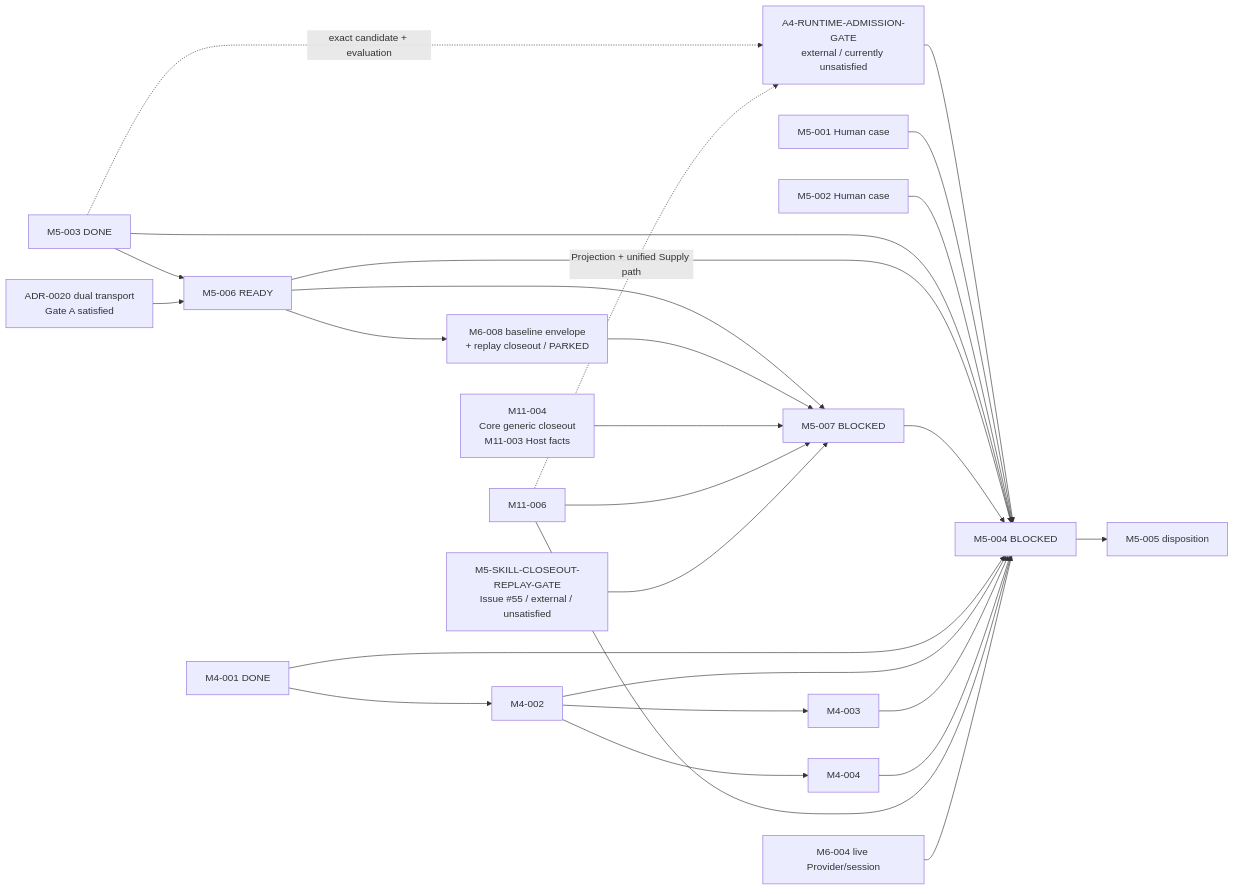
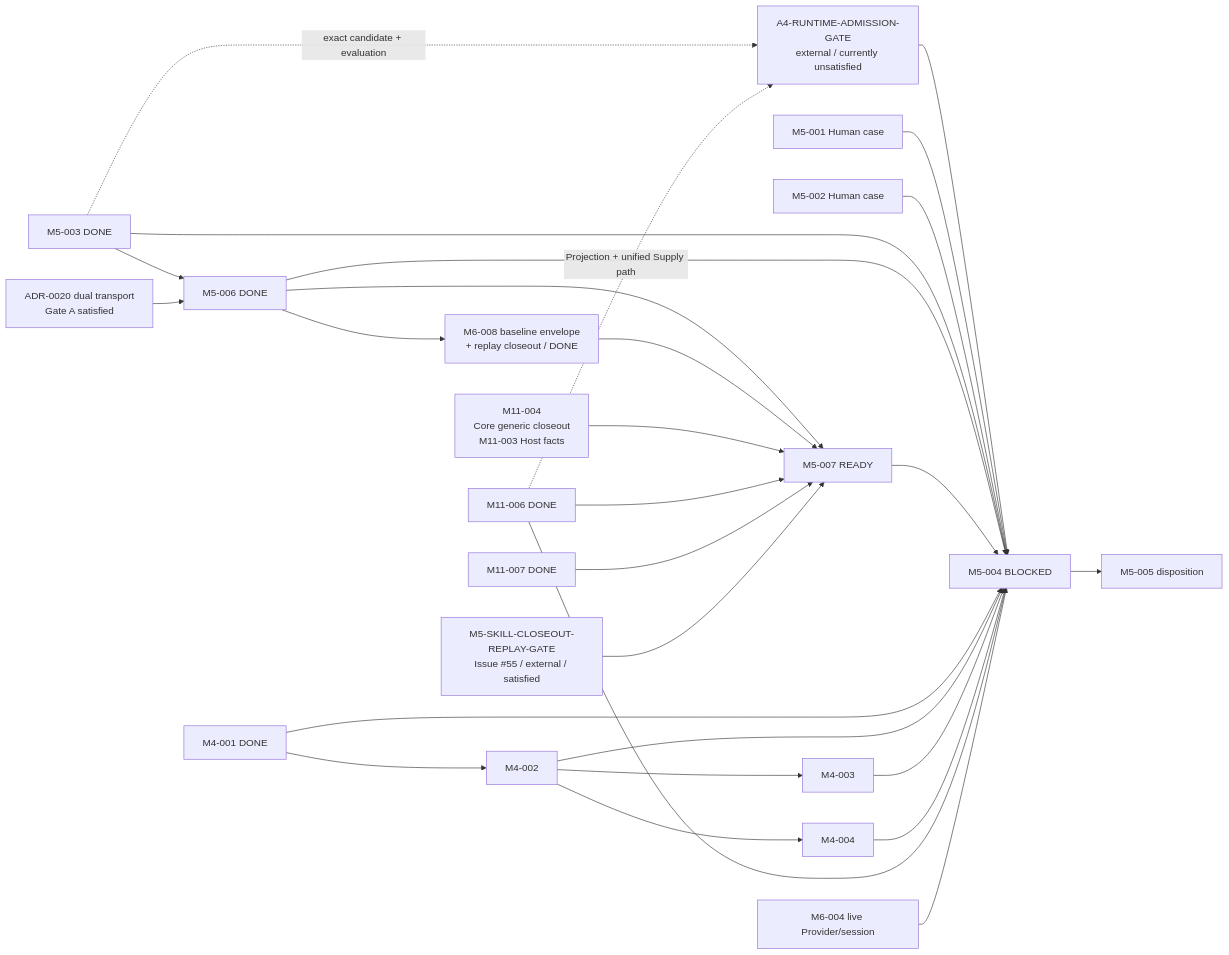
One commit to Chengyue-Lu/research-agent-workbench changed the second of 2 diagrams in docs/workstreams/chengyue-lu/M5-SYSTEM-EVALUATION-DESIGN/README.md. Above: the diagram before and after it, drawn with Mermaid. The commit also changed other lines of this file and 20 other files, not shown here.

````diff
--- a/docs/workstreams/chengyue-lu/M5-SYSTEM-EVALUATION-DESIGN/README.md
+++ b/docs/workstreams/chengyue-lu/M5-SYSTEM-EVALUATION-DESIGN/README.md
@@ -285,32 +284,33 @@
 ```mermaid
 flowchart LR
-    M5003["M5-003 DONE"] --> M5006["M5-006 READY"]
+    M5003["M5-003 DONE"] --> M5006["M5-006 DONE"]
     BTG["ADR-0020 dual transport<br/>Gate A satisfied"] --> M5006
-    M5006 --> M5007["M5-007 BLOCKED"]
-    M5006 --> M6008["M6-008 baseline envelope<br/>+ replay closeout / PARKED"]
+    M5006 --> M5007["M5-007 READY"]
+    M5006 --> M6008["M6-008 baseline envelope<br/>+ replay closeout / DONE"]
     M6008 --> M5007
     M1104["M11-004<br/>Core generic closeout<br/>M11-003 Host facts"] --> M5007
-    M1106["M11-006"] --> M5007
-    SCG["M5-SKILL-CLOSEOUT-REPLAY-GATE<br/>Issue #55 / external / unsatisfied"] --> M5007
+    M1106["M11-006 DONE"] --> M5007
+    M1107["M11-007 DONE"] --> M5007
+    SCG["M5-SKILL-CLOSEOUT-REPLAY-GATE<br/>Issue #55 / external / satisfied"] --> M5007
 
     M5003 -. "exact candidate + evaluation" .-> A4G["A4-RUNTIME-ADMISSION-GATE<br/>external / currently unsatisfied"]
     M1106 -. "Projection + unified Supply path" .-> A4G
     A4G --> M5004
 
     M4001["M4-001 DONE"] --> M4002["M4-002"]
     M4002 --> M4003["M4-003"]
     M4002 --> M4004["M4-004"]
 
     M5001["M5-001 Human case"] --> M5004["M5-004 BLOCKED"]
     M5002["M5-002 Human case"] --> M5004
     M5003 --> M5004
     M5006 --> M5004
     M5007 --> M5004
     M4001 --> M5004
     M4002 --> M5004
     M4003 --> M5004
     M4004 --> M5004
     M1106 --> M5004
     M6004["M6-004 live Provider/session"] --> M5004
     M5004 --> M5005["M5-005 disposition"]
 ```
````
